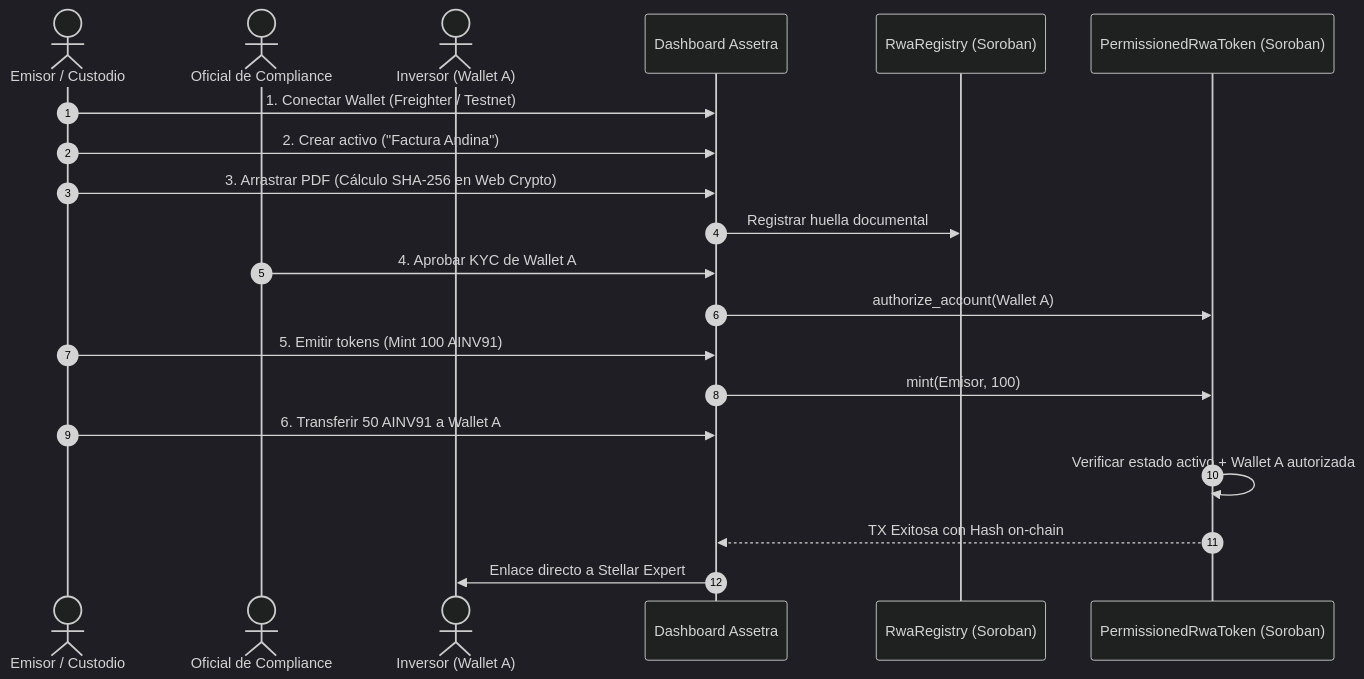
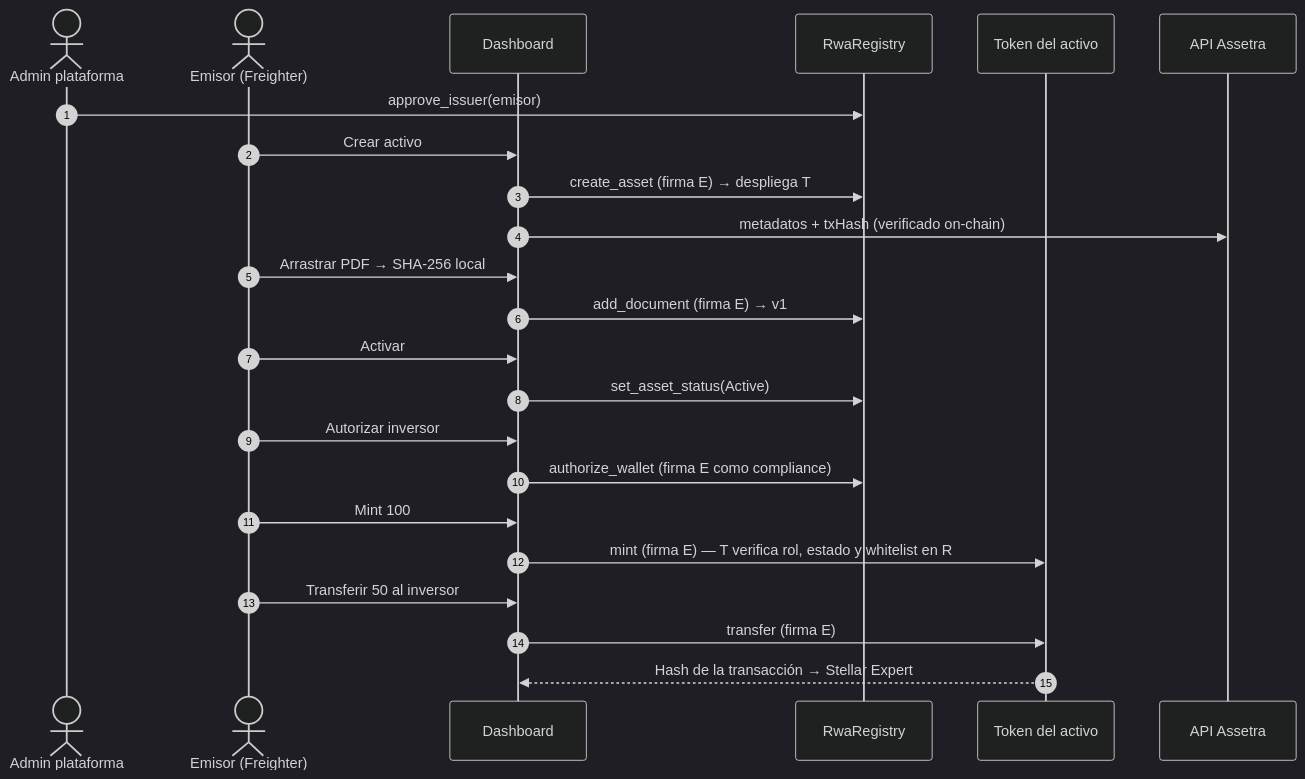
The diagram in DEMO_SCRIPT.md (DAVV422/Assetra), drawn with Mermaid (dark theme) before and after one commit. The commit also changed other lines of this file and 4 other files, not shown here.

First line of the commit message:
docs: documentar el flujo del emisor, la arquitectura y la seguridad

````diff
--- a/DEMO_SCRIPT.md
+++ b/DEMO_SCRIPT.md
@@ -43,23 +51,26 @@
 ```mermaid
 sequenceDiagram
     autonumber
-    actor Emisor as Emisor / Custodio
-    actor Compliance as Oficial de Compliance
-    actor Inversor as Inversor (Wallet A)
-    participant UI as Dashboard Assetra
-    participant Reg as RwaRegistry (Soroban)
-    participant Tok as PermissionedRwaToken (Soroban)
+    actor A as Admin plataforma
+    actor E as Emisor (Freighter)
+    participant UI as Dashboard
+    participant R as RwaRegistry
+    participant T as Token del activo
+    participant API as API Assetra
 
-    Emisor->>UI: 1. Conectar Wallet (Freighter / Testnet)
-    Emisor->>UI: 2. Crear activo ("Factura Andina")
-    Emisor->>UI: 3. Arrastrar PDF (Cálculo SHA-256 en Web Crypto)
-    UI->>Reg: Registrar huella documental
-    Compliance->>UI: 4. Aprobar KYC de Wallet A
-    UI->>Tok: authorize_account(Wallet A)
-    Emisor->>UI: 5. Emitir tokens (Mint 100 AINV91)
-    UI->>Tok: mint(Emisor, 100)
-    Emisor->>UI: 6. Transferir 50 AINV91 a Wallet A
-    Tok->>Tok: Verificar estado activo + Wallet A autorizada
-    Tok-->>UI: TX Exitosa con Hash on-chain
-    UI->>Inversor: Enlace directo a Stellar Expert
+    A->>R: approve_issuer(emisor)
+    E->>UI: Crear activo
+    UI->>R: create_asset (firma E) → despliega T
+    UI->>API: metadatos + txHash (verificado on-chain)
+    E->>UI: Arrastrar PDF → SHA-256 local
+    UI->>R: add_document (firma E) → v1
+    E->>UI: Activar
+    UI->>R: set_asset_status(Active)
+    E->>UI: Autorizar inversor
+    UI->>R: authorize_wallet (firma E como compliance)
+    E->>UI: Mint 100
+    UI->>T: mint (firma E) — T verifica rol, estado y whitelist en R
+    E->>UI: Transferir 50 al inversor
+    UI->>T: transfer (firma E)
+    T-->>UI: Hash de la transacción → Stellar Expert
 ```
````
